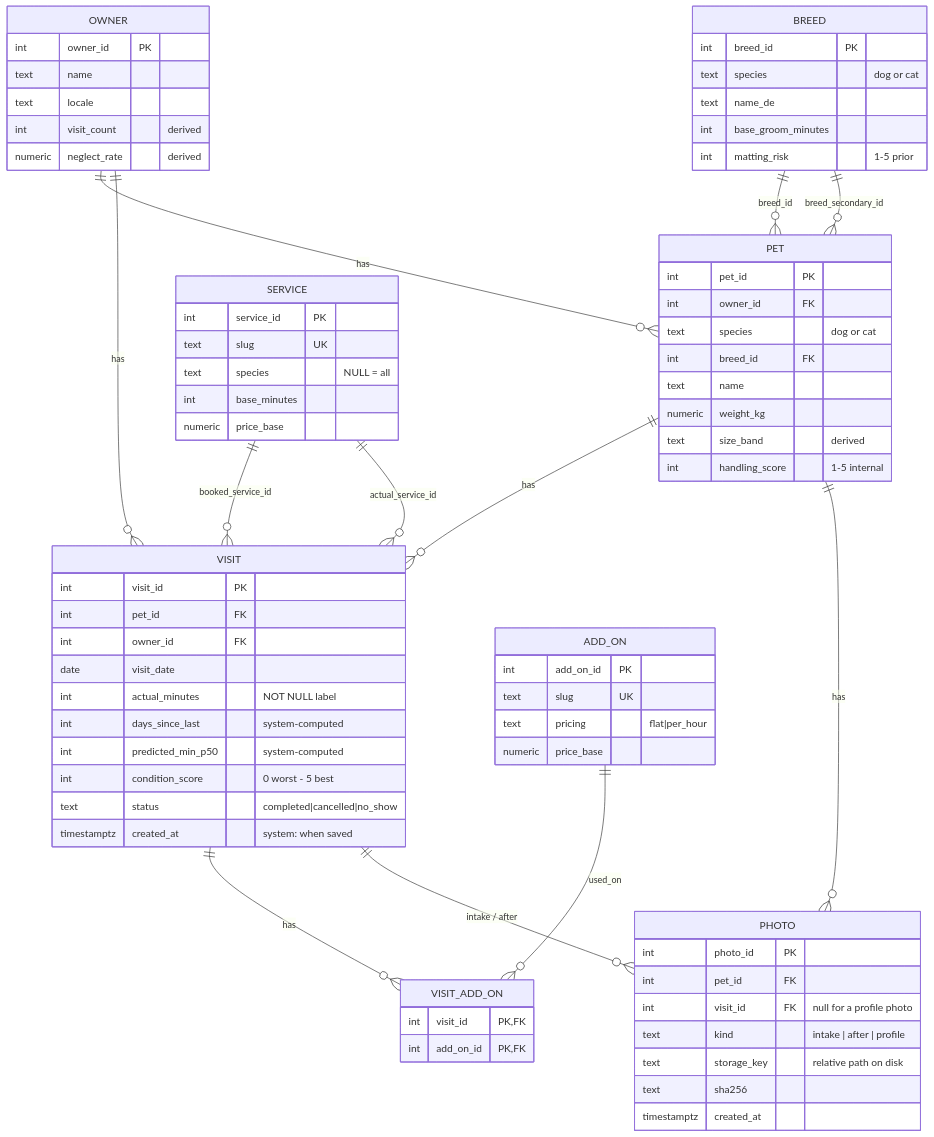
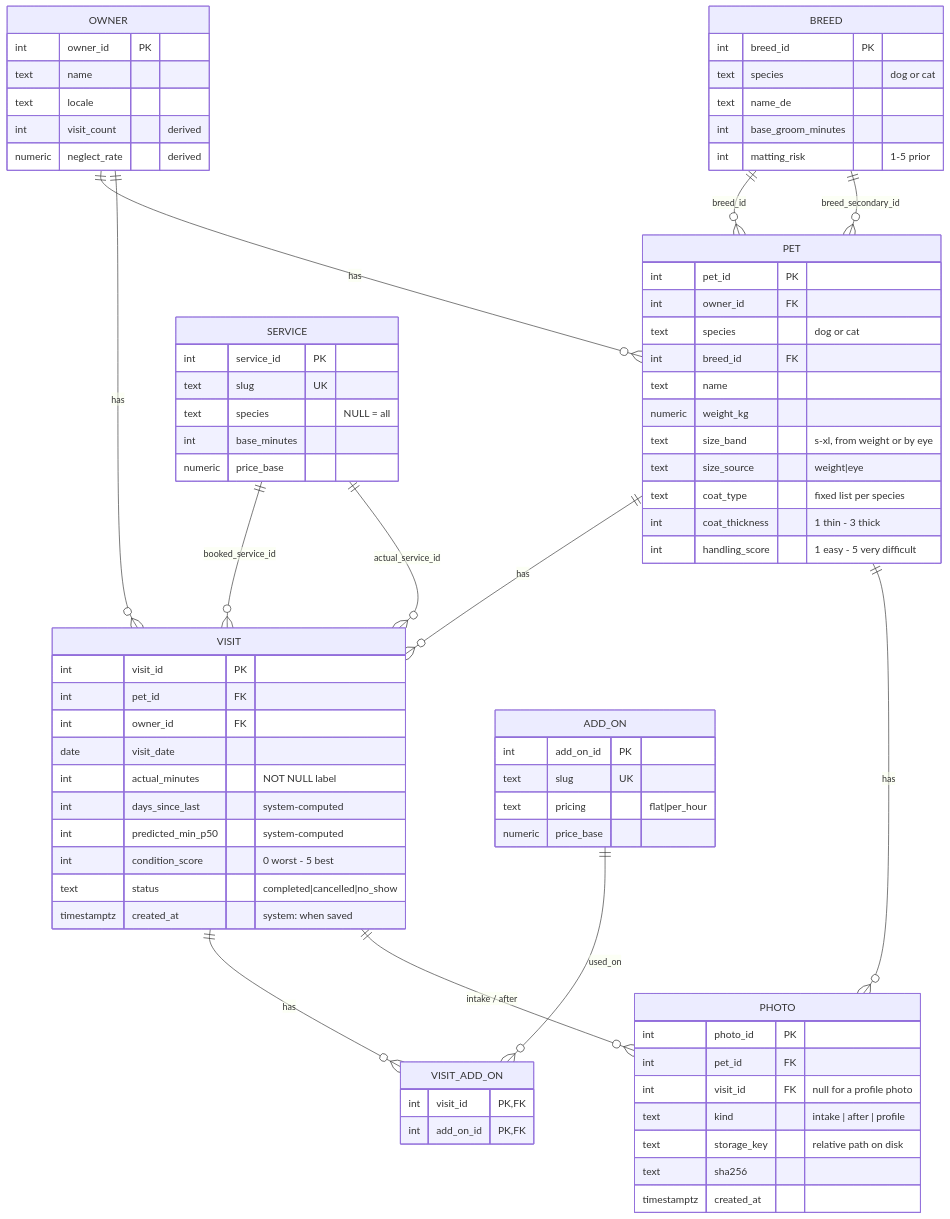
Before and after one commit to BOYSABIO/muttmetrics: the diagram in docs/architecture/schema.md, drawn with Mermaid. The commit also changed other lines of this file and 74 other files, not shown here.

```diff
--- a/docs/architecture/schema.md
+++ b/docs/architecture/schema.md
@@ -35,8 +35,11 @@
         int breed_id FK
         text name
         numeric weight_kg
-        text size_band "derived"
-        int handling_score "1-5 internal"
+        text size_band "s-xl, from weight or by eye"
+        text size_source "weight|eye"
+        text coat_type "fixed list per species"
+        int coat_thickness "1 thin - 3 thick"
+        int handling_score "1 easy - 5 very difficult"
     }
 
     VISIT {
```
